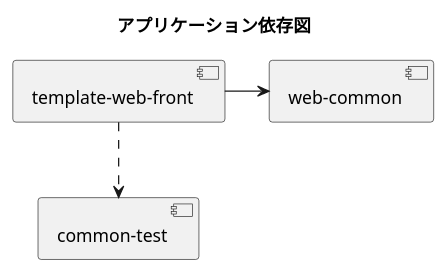
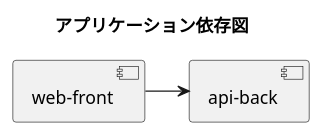
One commit to mizo432/project-template changed the diagram in README.md. Above: the diagram before and after it, drawn with PlantUML. The commit also changed other lines of this file, not shown here.

````diff
--- a/README.md
+++ b/README.md
@@ -75,12 +83,10 @@
 ```puml
 @startuml
 title アプリケーション依存図
-component "template-web-front" as application
-component "web-common" as web
-component "common-test" as test
+component "web-front" as application
+component "api-back" as api
 
-application -> web
-application ..> test
+application -> api
 
 @enduml
 ```
````
